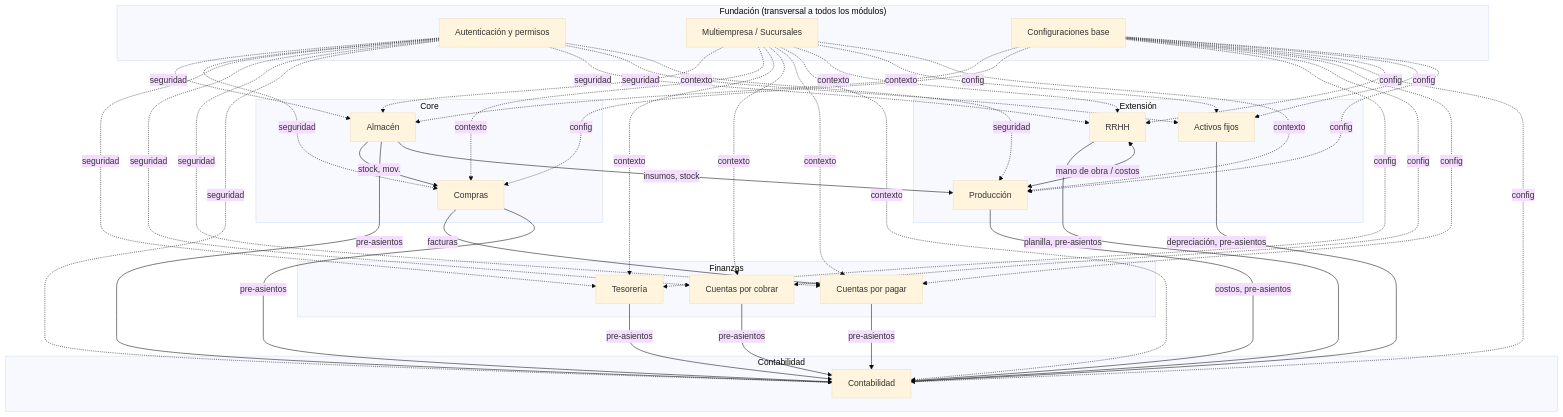
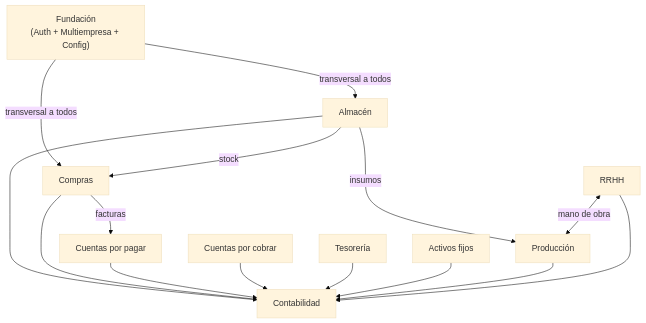
One commit to jramirezch1978/sigre_web changed the third of 12 diagrams in restaurante.pe/ROADMAP_RESTAURANT_PE.md. Above: the diagram before and after it, drawn with Mermaid (base theme). The commit also changed other lines of this file, not shown here.

Commit message:
fix: Simplificar diagrama de dependencias entre modulos - quitar flechas redundantes de Fundacion, mantener solo flujo de negocio

````diff
--- a/restaurante.pe/ROADMAP_RESTAURANT_PE.md
+++ b/restaurante.pe/ROADMAP_RESTAURANT_PE.md
@@ -88,68 +88,28 @@
 ```mermaid
 flowchart TB
-    subgraph Fundación["Fundación (transversal a todos los módulos)"]
-        AUTH[Autenticación y permisos]
-        EMP[Multiempresa / Sucursales]
-        CONF[Configuraciones base]
-    end
-    subgraph Core
-        ALM[Almacén]
-        COM[Compras]
-    end
-    subgraph Finanzas
-        TES[Tesorería]
-        CxC[Cuentas por cobrar]
-        CxP[Cuentas por pagar]
-    end
-    subgraph Contabilidad
-        CNT[Contabilidad]
-    end
-    subgraph Extensión
-        RRHH[RRHH]
-        AF[Activos fijos]
-        PROD[Producción]
-    end
+    FUND["Fundación\n(Auth + Multiempresa + Config)"]
+    ALM[Almacén]
+    COM[Compras]
+    CxP[Cuentas por pagar]
+    CxC[Cuentas por cobrar]
+    TES[Tesorería]
+    AF[Activos fijos]
+    PROD[Producción]
+    RRHH[RRHH]
+    CNT[Contabilidad]
 
-    %% Fundación es transversal — se conecta con TODOS los módulos
-    AUTH -.->|seguridad| ALM
-    AUTH -.->|seguridad| COM
-    AUTH -.->|seguridad| TES
-    AUTH -.->|seguridad| CxC
-    AUTH -.->|seguridad| CxP
-    AUTH -.->|seguridad| CNT
-    AUTH -.->|seguridad| RRHH
-    AUTH -.->|seguridad| AF
-    AUTH -.->|seguridad| PROD
-    EMP -.->|contexto| ALM
-    EMP -.->|contexto| COM
-    EMP -.->|contexto| TES
-    EMP -.->|contexto| CxC
-    EMP -.->|contexto| CxP
-    EMP -.->|contexto| CNT
-    EMP -.->|contexto| RRHH
-    EMP -.->|contexto| AF
-    EMP -.->|contexto| PROD
-    CONF -.->|config| ALM
-    CONF -.->|config| COM
-    CONF -.->|config| TES
-    CONF -.->|config| CxC
-    CONF -.->|config| CxP
-    CONF -.->|config| CNT
-    CONF -.->|config| RRHH
-    CONF -.->|config| AF
-    CONF -.->|config| PROD
-
-    %% Dependencias de negocio (flujo de datos operativos)
-    ALM -->|stock, mov.| COM
+    FUND -->|transversal a todos| ALM
+    FUND -->|transversal a todos| COM
+    ALM -->|stock| COM
     COM -->|facturas| CxP
-    ALM -->|pre-asientos| CNT
-    COM -->|pre-asientos| CNT
-    TES -->|pre-asientos| CNT
-    CxC -->|pre-asientos| CNT
-    CxP -->|pre-asientos| CNT
-    RRHH -->|planilla, pre-asientos| CNT
-    AF -->|depreciación, pre-asientos| CNT
-    PROD -->|costos, pre-asientos| CNT
-    ALM -->|insumos, stock| PROD
-    RRHH <-->|mano de obra / costos| PROD
+    ALM --> CNT
+    COM --> CNT
+    CxP --> CNT
+    CxC --> CNT
+    TES --> CNT
+    AF --> CNT
+    PROD --> CNT
+    RRHH --> CNT
+    ALM -->|insumos| PROD
+    RRHH <-->|mano de obra| PROD
 ```
````
